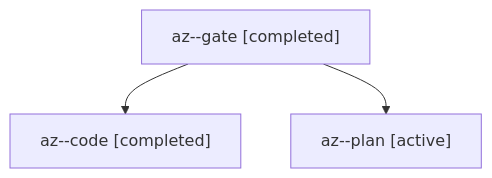
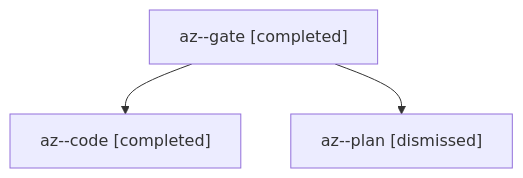
The diagram in sessions/bbugyi200.apollo.az.md (bobs-org/bob-cli--agents), drawn with Mermaid before and after one commit. The commit also changed other lines of this file and 24 other files, not shown here.

````diff
--- a/sessions/bbugyi200.apollo.az.md
+++ b/sessions/bbugyi200.apollo.az.md
@@ -9,8 +9,8 @@
 ```mermaid
 flowchart TD
   n0["az--gate [completed]"]
   n1["az--code [completed]"]
   n0 --> n1
-  n2["az--plan [active]"]
+  n2["az--plan [dismissed]"]
   n0 --> n2
 ```
````
